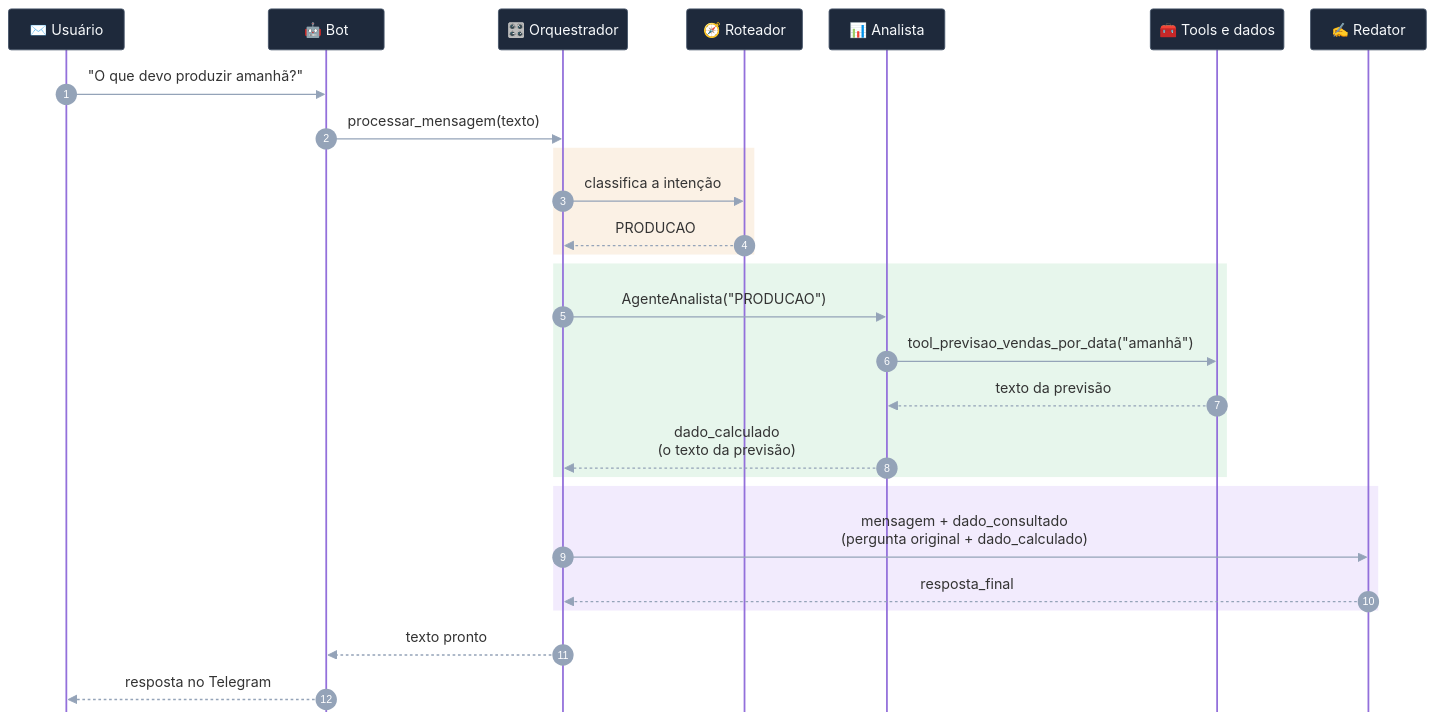
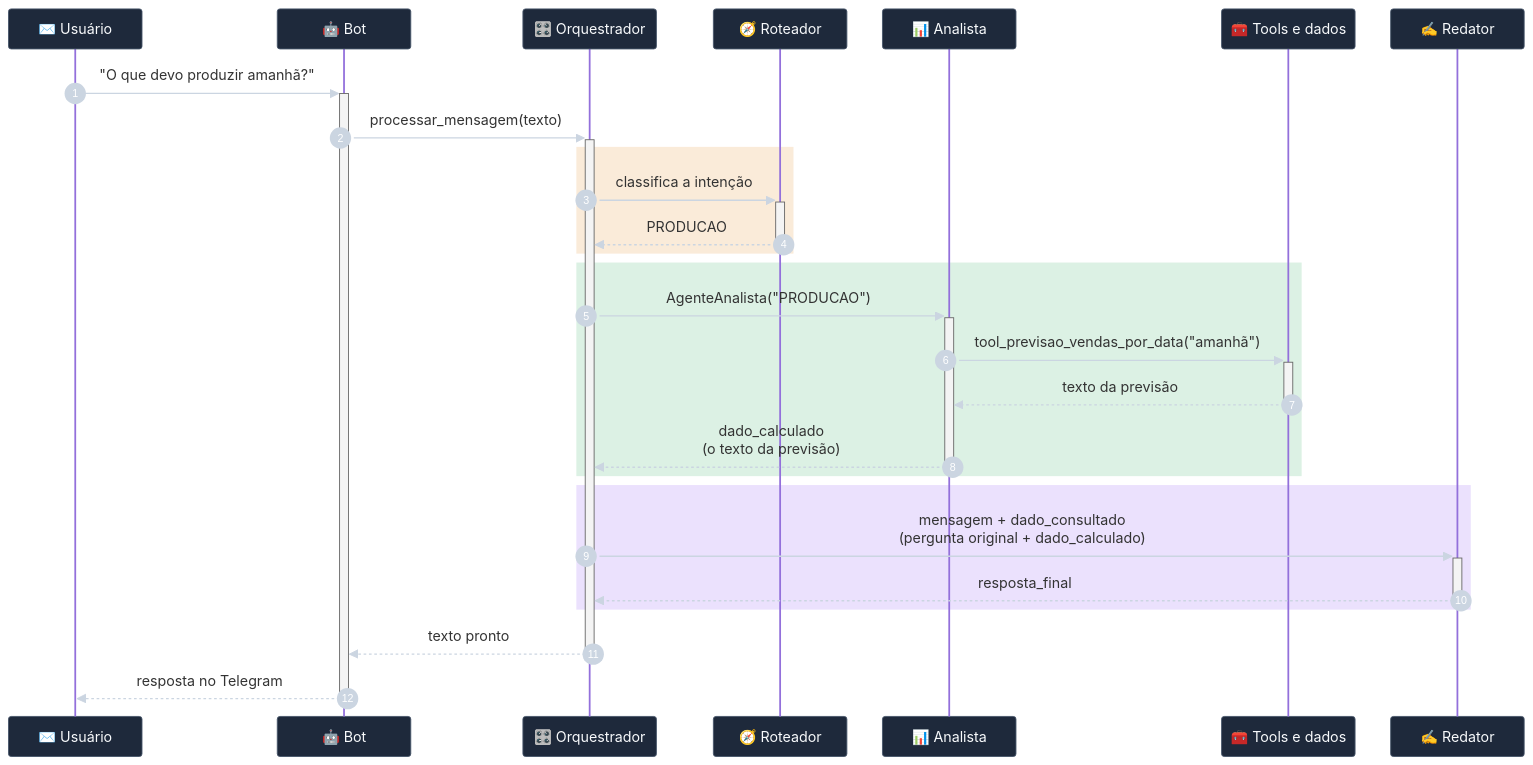
One commit to mvlsouza/api-1-semestre-2026-test changed the fourth of 4 diagrams in docs/cliente/tecnico/Arquitetura.md. Above: the diagram before and after it, drawn with Mermaid. The commit also changed other lines of this file, not shown here.

````diff
--- a/docs/cliente/tecnico/Arquitetura.md
+++ b/docs/cliente/tecnico/Arquitetura.md
@@ -342,44 +366,44 @@
 ```mermaid
 %%{init: {
-  'sequence': {'mirrorActors': false, 'showSequenceNumbers': true, 'actorMargin': 30, 'messageMargin': 32, 'noteMargin': 10, 'width': 130, 'height': 46},
+  'sequence': {'mirrorActors': true, 'showSequenceNumbers': true, 'actorMargin': 40, 'messageMargin': 40, 'noteMargin': 10, 'width': 150, 'height': 45},
   'themeVariables': {
     'fontSize': '15px',
+    'fontFamily': 'Inter, sans-serif',
     'actorBkg': '#1e293b', 'actorBorder': '#475569', 'actorTextColor': '#f8fafc',
-    'signalColor': '#94a3b8', 'sequenceNumberColor': '#ffffff',
-    'noteBkgColor': '#ede9fe', 'noteBorderColor': '#8b5cf6', 'noteTextColor': '#4c1d95'
+    'signalColor': '#cbd5e1', 'sequenceNumberColor': '#ffffff'
   }
 }}%%
 sequenceDiagram
     autonumber
 
     participant U as ✉️ Usuário
     participant Bot as 🤖 Bot
     participant Msg as 🎛️ Orquestrador
     participant Rot as 🧭 Roteador
     participant Ana as 📊 Analista
     participant Dados as 🧰 Tools e dados
     participant Red as ✍️ Redator
 
-    U->>Bot: "O que devo produzir amanhã?"
-    Bot->>Msg: processar_mensagem(texto)
+    U->>+Bot: "O que devo produzir amanhã?"
+    Bot->>+Msg: processar_mensagem(texto)
 
-    rect rgba(217,119,6,0.10)
-        Msg->>Rot: classifica a intenção
-        Rot-->>Msg: PRODUCAO
+    rect rgba(217, 119, 6, 0.15)
+        Msg->>+Rot: classifica a intenção
+        Rot-->>-Msg: PRODUCAO
     end
 
-    rect rgba(22,163,74,0.10)
-        Msg->>Ana: AgenteAnalista("PRODUCAO")
-        Ana->>Dados: tool_previsao_vendas_por_data("amanhã")
-        Dados-->>Ana: texto da previsão
-        Ana-->>Msg: dado_calculado<br/>(o texto da previsão)
+    rect rgba(22, 163, 74, 0.15)
+        Msg->>+Ana: AgenteAnalista("PRODUCAO")
+        Ana->>+Dados: tool_previsao_vendas_por_data("amanhã")
+        Dados-->>-Ana: texto da previsão
+        Ana-->>-Msg: dado_calculado<br/>(o texto da previsão)
     end
 
-    rect rgba(124,58,237,0.10)
-        Msg->>Red: mensagem + dado_consultado<br/>(pergunta original + dado_calculado)
-        Red-->>Msg: resposta_final
+    rect rgba(124, 58, 237, 0.15)
+        Msg->>+Red: mensagem + dado_consultado<br/>(pergunta original + dado_calculado)
+        Red-->>-Msg: resposta_final
     end
 
-    Msg-->>Bot: texto pronto
-    Bot-->>U: resposta no Telegram
+    Msg-->>-Bot: texto pronto
+    Bot-->>-U: resposta no Telegram
 ```
````
